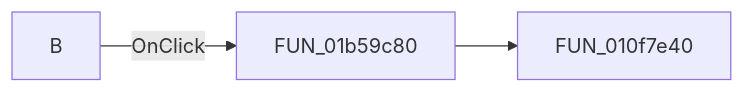
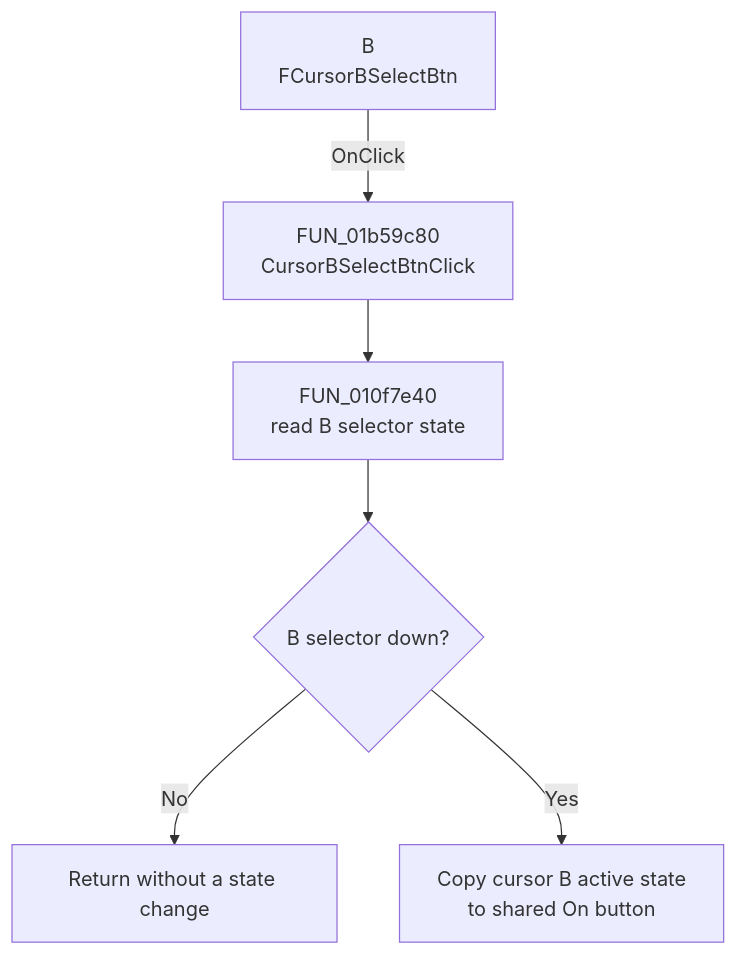
One commit to MovGP0/TIARA changed the diagram in docs/ui-controls/xyrecorderwin/fcursorbselectbtn-baa89ac080.md. Above: the diagram before and after it, drawn with Mermaid. The commit also changed other lines of this file and 387 other files, not shown here.

````diff
--- a/docs/ui-controls/xyrecorderwin/fcursorbselectbtn-baa89ac080.md
+++ b/docs/ui-controls/xyrecorderwin/fcursorbselectbtn-baa89ac080.md
@@ -27,5 +29,8 @@
 ```mermaid
-flowchart LR
-    control["B"] -->|OnClick| handler["FUN_01b59c80"]
-    handler --> call1["FUN_010f7e40"]
+flowchart TD
+    control["B<br/>FCursorBSelectBtn"] -->|OnClick| handler["FUN_01b59c80<br/>CursorBSelectBtnClick"]
+    handler --> sync["FUN_010f7e40<br/>read B selector state"]
+    sync --> selected{"B selector down?"}
+    selected -->|No| unchanged["Return without a state change"]
+    selected -->|Yes| copy["Copy cursor B active state<br/>to shared On button"]
 ```
````
